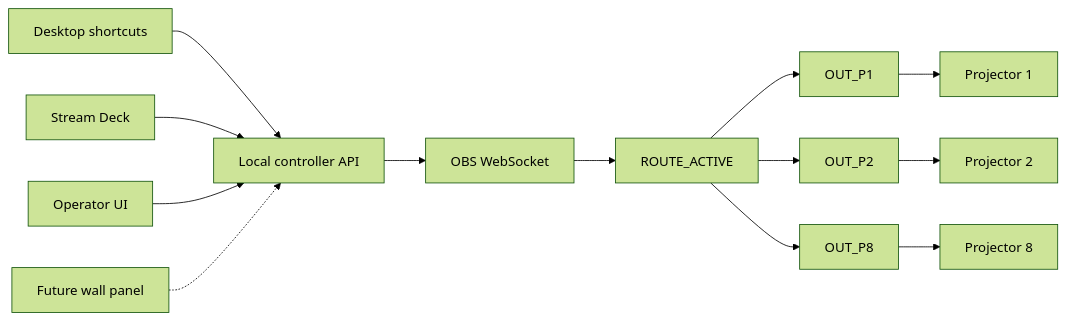
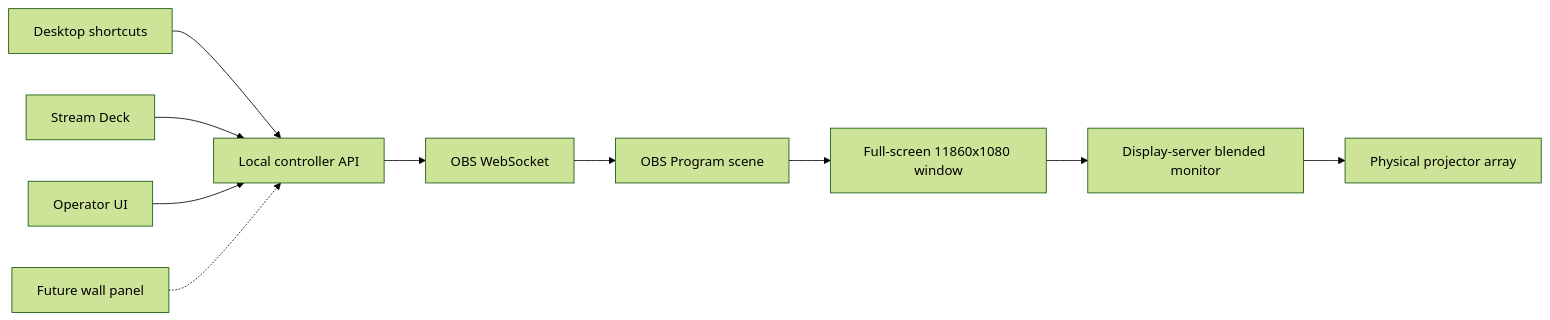
The diagram in docs/ARCHITECTURE.md (technobotanist/Teaching-And-VIsualization-Floor-Box-Controller), drawn with Mermaid (forest theme) before and after one commit. The commit also changed other lines of this file and 21 other files, not shown here.

First line of the commit message:
Switch to a single blended Program output

````diff
--- a/docs/ARCHITECTURE.md
+++ b/docs/ARCHITECTURE.md
@@ -5,15 +7,12 @@
 ```mermaid
 flowchart LR
     Desktop[Desktop shortcuts] --> API[Local controller API]
     Deck[Stream Deck] --> API
     Browser[Operator UI] --> API
     Panel[Future wall panel] -.-> API
     API --> WS[OBS WebSocket]
-    WS --> Router[ROUTE_ACTIVE]
-    Router --> O1[OUT_P1]
-    Router --> O2[OUT_P2]
-    Router --> O8[OUT_P8]
-    O1 --> P1[Projector 1]
-    O2 --> P2[Projector 2]
-    O8 --> P8[Projector 8]
+    WS --> Program[OBS Program scene]
+    Program --> Canvas[Full-screen 11860x1080 window]
+    Canvas --> Blend[Display-server blended monitor]
+    Blend --> Array[Physical projector array]
 ```
````
